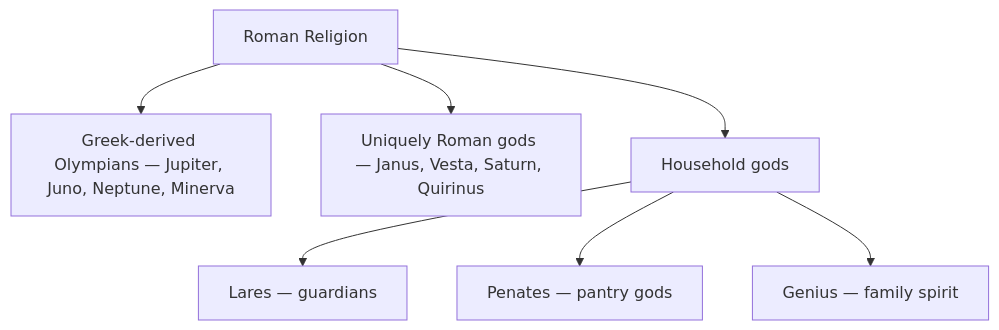
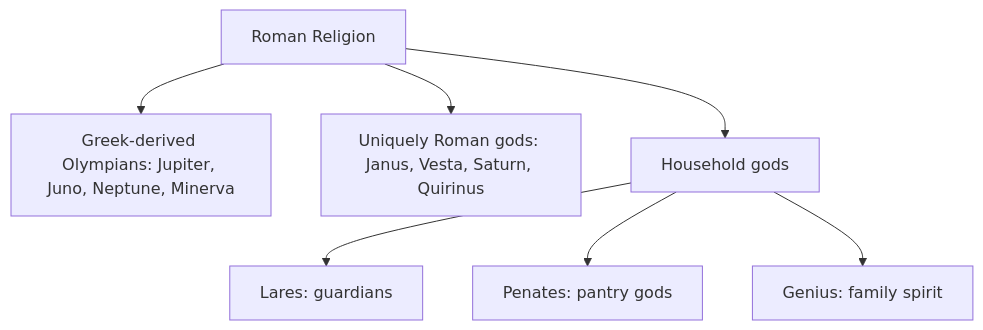
Before and after one commit to kennethreitz/kennethreitz.org: the diagram in data/knowledge/mythology/roman-mythology/index.md, drawn with Mermaid. The commit also changed other lines of this file and 879 other files, not shown here.

````diff
--- a/data/knowledge/mythology/roman-mythology/index.md
+++ b/data/knowledge/mythology/roman-mythology/index.md
@@ -56,10 +56,10 @@
 ```mermaid
 flowchart TD
     R["Roman Religion"]
-    R --> A["Greek-derived Olympians — Jupiter, Juno, Neptune, Minerva"]
-    R --> B["Uniquely Roman gods — Janus, Vesta, Saturn, Quirinus"]
+    R --> A["Greek-derived Olympians: Jupiter, Juno, Neptune, Minerva"]
+    R --> B["Uniquely Roman gods: Janus, Vesta, Saturn, Quirinus"]
     R --> H["Household gods"]
-    H --> L["Lares — guardians"]
-    H --> P["Penates — pantry gods"]
-    H --> G["Genius — family spirit"]
+    H --> L["Lares: guardians"]
+    H --> P["Penates: pantry gods"]
+    H --> G["Genius: family spirit"]
 ```
````
